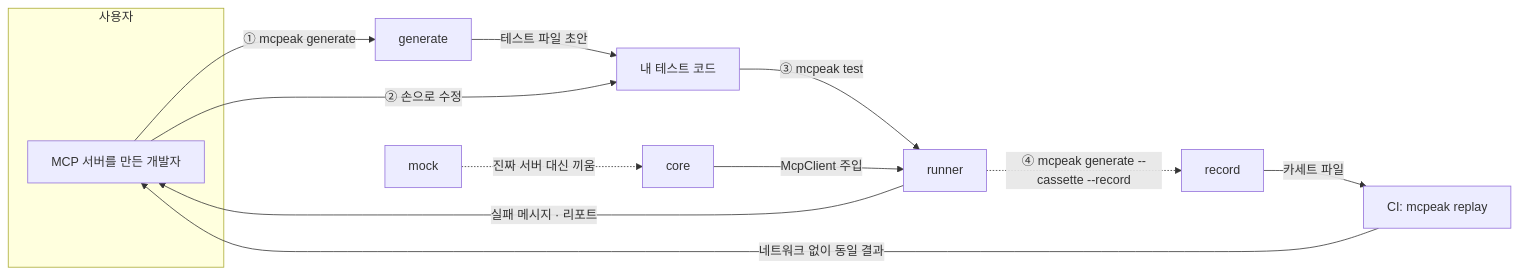
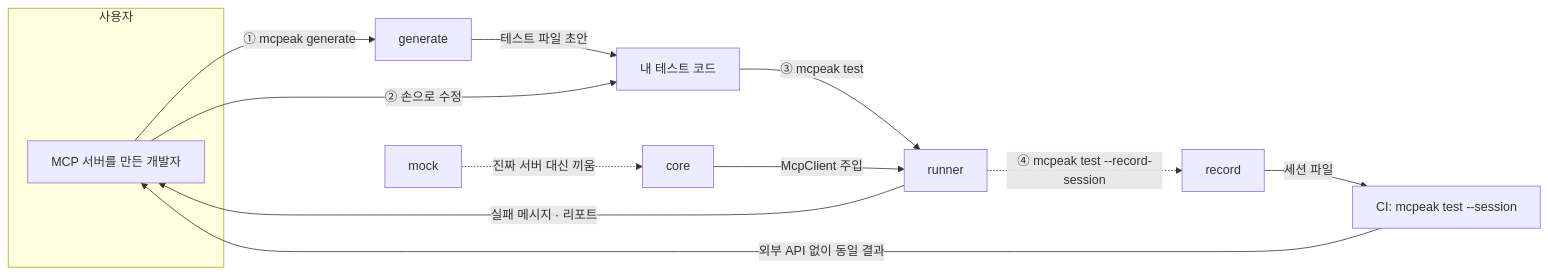
Before and after one commit to 2026-Engineering-Contest/MCPeak: the diagram in docs/architecture.md, drawn with Mermaid. The commit also changed other lines of this file, not shown here.

First line of the commit message:
docs(adr): architecture.md 의 record 설명을 External 기준으로 맞춘다

````diff
--- a/docs/architecture.md
+++ b/docs/architecture.md
@@ -8,20 +8,20 @@
 ```mermaid
 flowchart LR
   subgraph 사용자
     U[MCP 서버를 만든 개발자]
   end
 
   U -->|① mcpeak generate| G[generate]
   G -->|테스트 파일 초안| E[내 테스트 코드]
   U -->|② 손으로 수정| E
 
   E -->|③ mcpeak test| R[runner]
   C[core] -->|McpClient 주입| R
   R -->|실패 메시지 · 리포트| U
 
-  R -.->|④ mcpeak generate --cassette --record| RC[record]
-  RC -->|카세트 파일| CI[CI: mcpeak replay]
-  CI -->|네트워크 없이 동일 결과| U
+  R -.->|④ mcpeak test --record-session| RC[record]
+  RC -->|세션 파일| CI["CI: mcpeak test --session"]
+  CI -->|외부 API 없이 동일 결과| U
 
   M[mock] -.->|진짜 서버 대신 끼움| C
 ```
````
